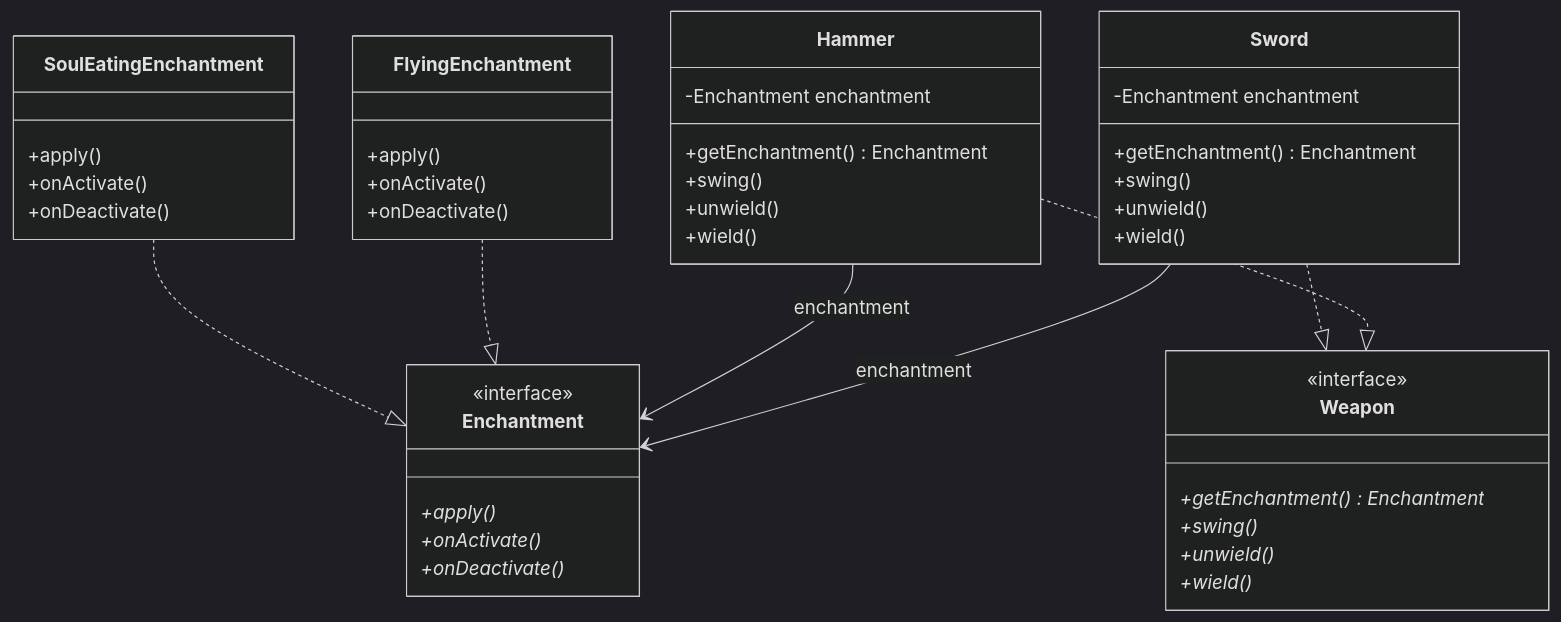
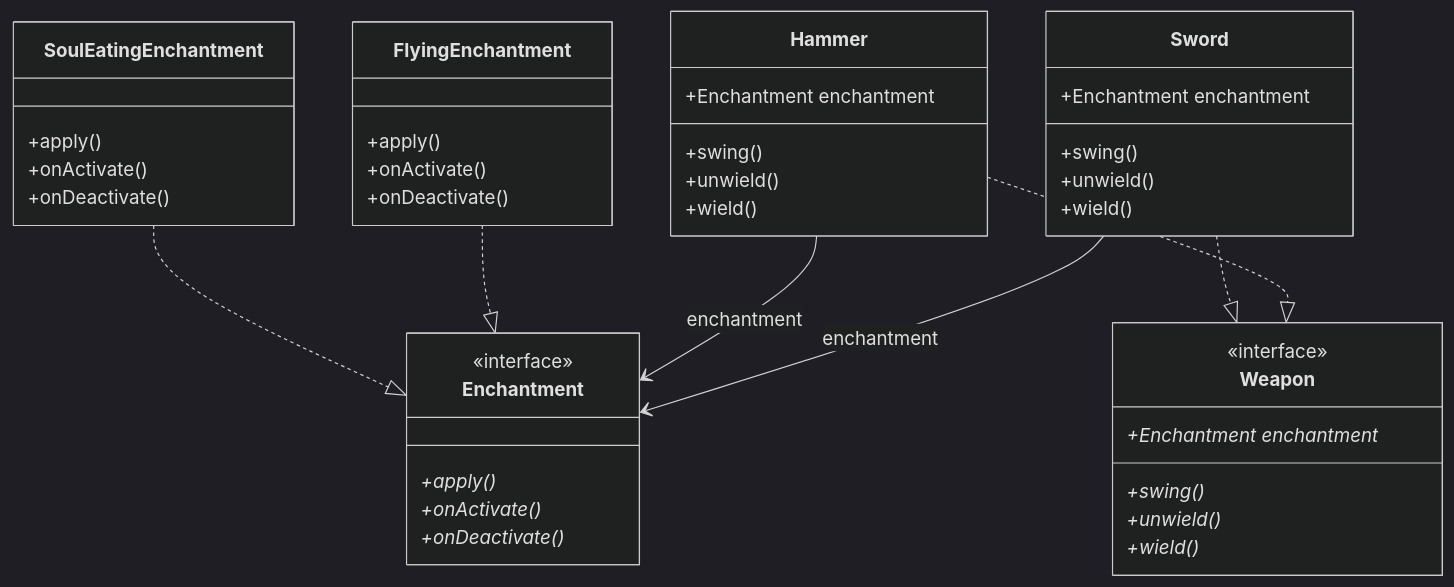
One commit to yonatankarp/kotlin-design-patterns changed the diagram in bridge/README.md. Above: the diagram before and after it, drawn with Mermaid (dark theme). The commit also changed 8 other files, not shown here.

First line of the commit message:
Fix Mermaid diagrams to match actual Kotlin implementations

````diff
--- a/bridge/README.md
+++ b/bridge/README.md
@@ -162,46 +162,44 @@
 ```mermaid
 classDiagram
     class Enchantment {
         <<interface>>
         +apply()*
         +onActivate()*
         +onDeactivate()*
     }
     class FlyingEnchantment {
         +apply()
         +onActivate()
         +onDeactivate()
     }
     class SoulEatingEnchantment {
         +apply()
         +onActivate()
         +onDeactivate()
     }
     class Weapon {
         <<interface>>
-        +getEnchantment() Enchantment*
+        +Enchantment enchantment*
         +swing()*
         +unwield()*
         +wield()*
     }
     class Sword {
-        -Enchantment enchantment
-        +getEnchantment() Enchantment
+        +Enchantment enchantment
         +swing()
         +unwield()
         +wield()
     }
     class Hammer {
-        -Enchantment enchantment
-        +getEnchantment() Enchantment
+        +Enchantment enchantment
         +swing()
         +unwield()
         +wield()
     }
     Sword --> Enchantment : enchantment
     Hammer --> Enchantment : enchantment
     FlyingEnchantment ..|> Enchantment
     Hammer ..|> Weapon
     SoulEatingEnchantment ..|> Enchantment
     Sword ..|> Weapon
 ```
````
